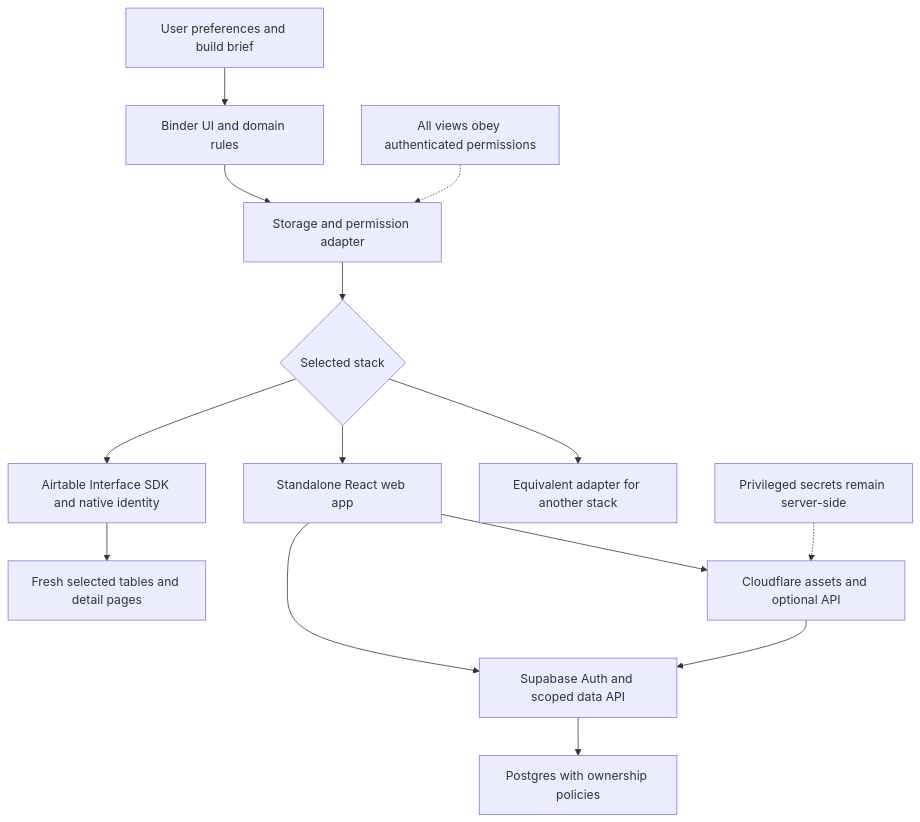
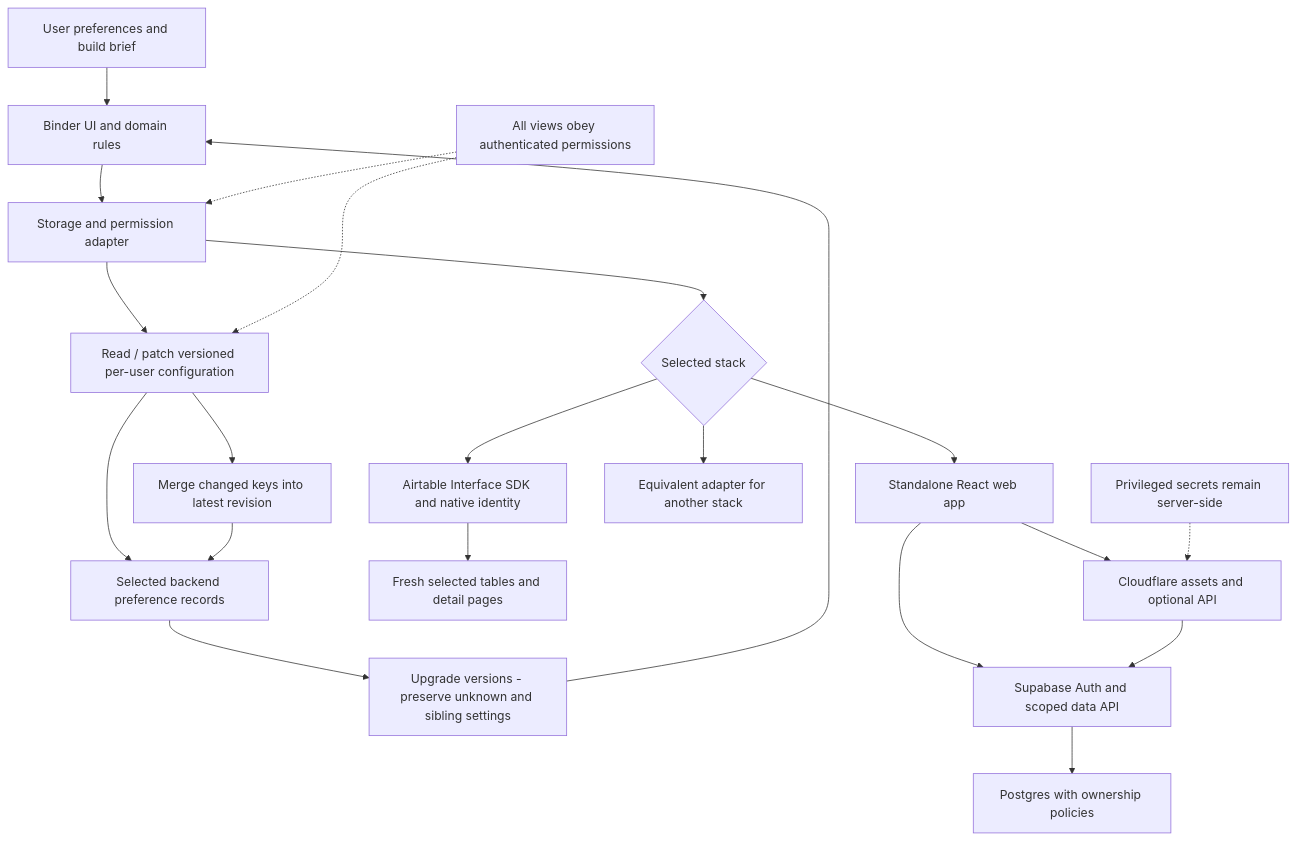
One commit to asymetryk/trapper-keeper-starter changed the diagram in diagrams/06-architecture.mmd. Above: the diagram before and after it, drawn with Mermaid. The commit also changed 26 other files, not shown here.

Commit message:
Document persistent binder configuration and task and journal flows

```diff
--- a/diagrams/06-architecture.mmd
+++ b/diagrams/06-architecture.mmd
@@ -1,14 +1,21 @@
 flowchart TB
   P[User preferences and build brief] --> UI[Binder UI and domain rules]
   UI --> Contract[Storage and permission adapter]
+  Contract --> Config[Read / patch versioned per-user configuration]
+  Config --> Store[Selected backend preference records]
+  Store --> Upgrade[Upgrade versions - preserve unknown and sibling settings]
+  Upgrade --> UI
+  Config --> Revision[Merge changed keys into latest revision]
+  Revision --> Store
   Contract --> Choice{Selected stack}
   Choice --> A[Airtable Interface SDK and native identity]
   A --> AT[Fresh selected tables and detail pages]
   Choice --> Web[Standalone React web app]
   Web --> CF[Cloudflare assets and optional API]
   Web --> S[Supabase Auth and scoped data API]
   CF --> S
   S --> DB[Postgres with ownership policies]
   Choice --> Other[Equivalent adapter for another stack]
   Secrets[Privileged secrets remain server-side] -.-> CF
   Auth[All views obey authenticated permissions] -.-> Contract
+  Auth -.-> Config
```
